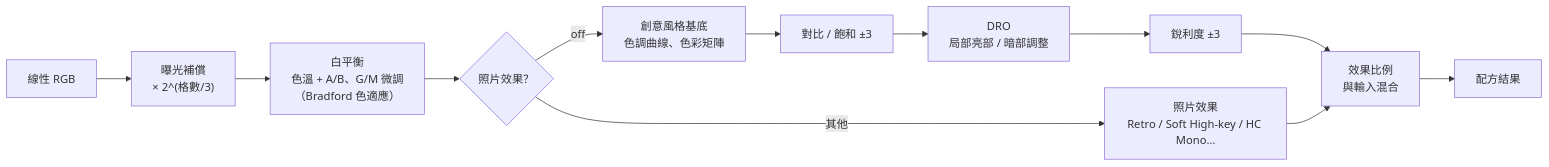
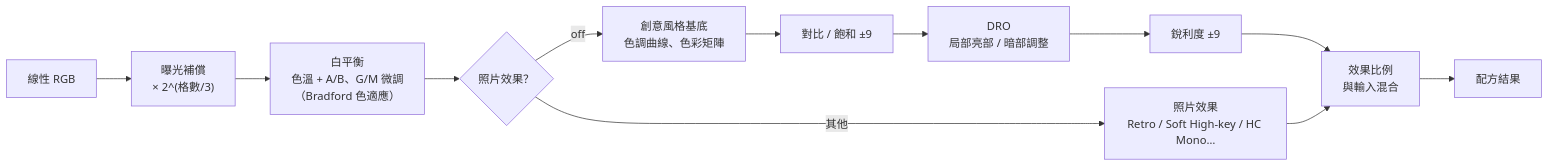
One commit to minexo79/FilmBatch changed diagram 15 of 24 in docs/plan.md. Above: the diagram before and after it, drawn with Mermaid. The commit also changed other lines of this file and 7 other files, not shown here.

````diff
--- a/docs/plan.md
+++ b/docs/plan.md
@@ -1164,10 +1164,10 @@
 ```mermaid
 flowchart LR
     A["線性 RGB"] --> B["曝光補償<br/>× 2^(格數/3)"] --> C["白平衡<br/>色溫 + A/B、G/M 微調<br/>（Bradford 色適應）"]
     C --> D{"照片效果？"}
-    D -->|"off"| E["創意風格基底<br/>色調曲線、色彩矩陣"] --> F["對比 / 飽和 ±3"] --> G["DRO<br/>局部亮部 / 暗部調整"] --> H["銳利度 ±3"]
+    D -->|"off"| E["創意風格基底<br/>色調曲線、色彩矩陣"] --> F["對比 / 飽和 ±9"] --> G["DRO<br/>局部亮部 / 暗部調整"] --> H["銳利度 ±9"]
     D -->|"其他"| X["照片效果<br/>Retro / Soft High-key / HC Mono…"]
     H --> M["效果比例<br/>與輸入混合"]
     X --> M
     M --> K["配方結果"]
 ```
````
